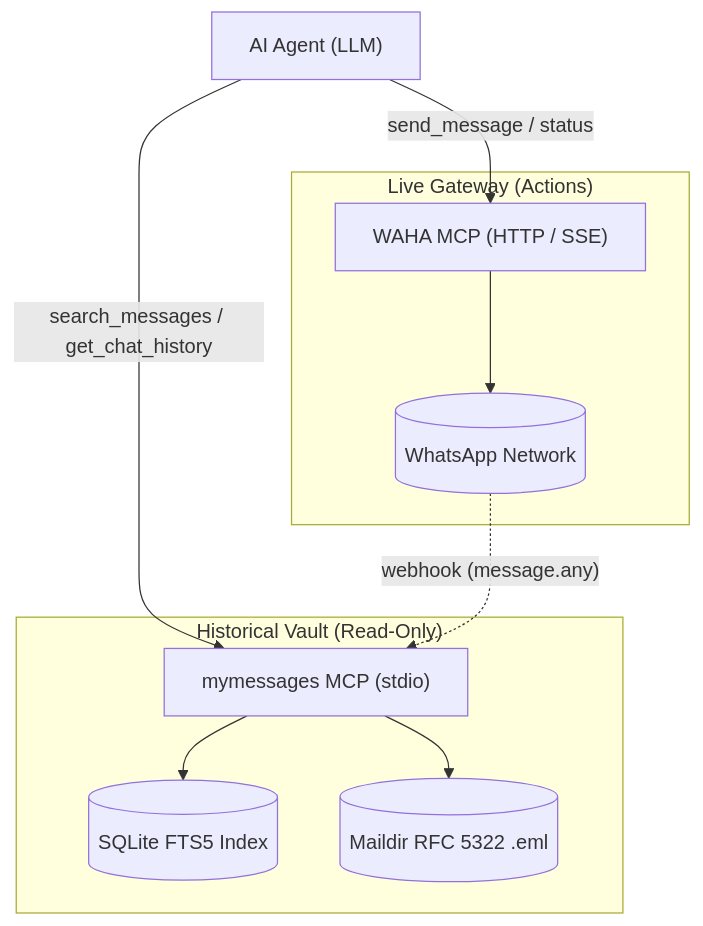
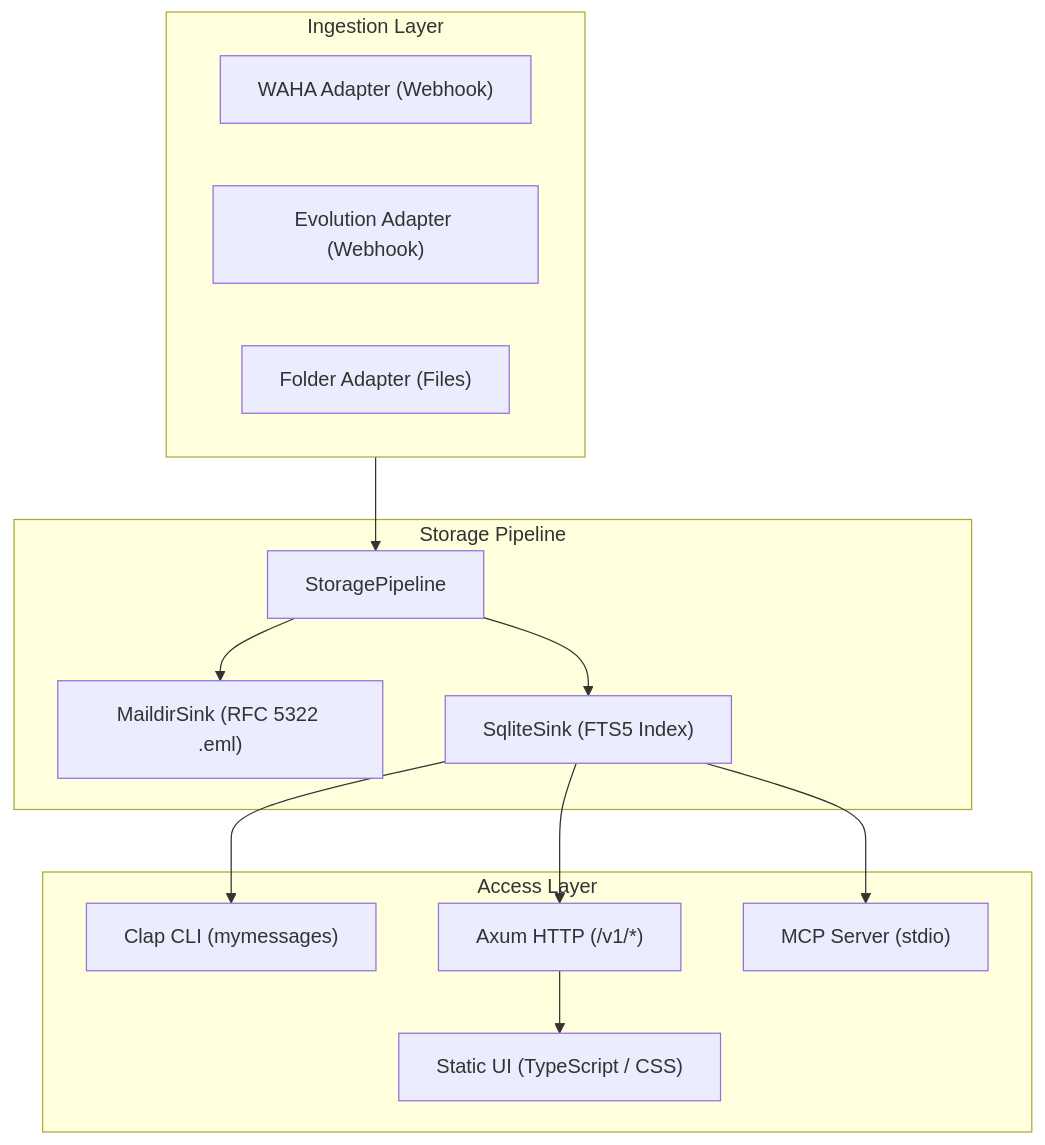
The diagram in AGENTS.md (rodvieirasilva/mymessages), drawn with Mermaid before and after one commit. The commit also changed other lines of this file and 4 other files, not shown here.

Commit message:
docs: separate agent repo guidelines (AGENTS.md) from CLI/HTTP skill and MCP docs

````diff
--- a/AGENTS.md
+++ b/AGENTS.md
@@ -11,22 +11,29 @@
 ```mermaid
 flowchart TD
-    Agent["AI Agent (LLM)"]
-    
-    subgraph ReadOnly["Historical Vault (Read-Only)"]
-        MCP_MM["mymessages MCP (stdio)"]
-        SQL[("SQLite FTS5 Index")]
-        MD[("Maildir RFC 5322 .eml")]
-        MCP_MM --> SQL
-        MCP_MM --> MD
+    subgraph Ingestion["Ingestion Layer"]
+        WAHA["WAHA Adapter (Webhook)"]
+        EVO["Evolution Adapter (Webhook)"]
+        DIR["Folder Adapter (Files)"]
     end
 
-    subgraph LiveAction["Live Gateway (Actions)"]
-        MCP_WAHA["WAHA MCP (HTTP / SSE)"]
-        WA[("WhatsApp Network")]
-        MCP_WAHA --> WA
+    subgraph Pipeline["Storage Pipeline"]
+        PIPE["StoragePipeline"]
+        MD_SINK["MaildirSink (RFC 5322 .eml)"]
+        SQL_SINK["SqliteSink (FTS5 Index)"]
     end
 
-    Agent -->|"search_messages / get_chat_history"| MCP_MM
-    Agent -->|"send_message / status"| MCP_WAHA
-    WA -.->|"webhook (message.any)"| MCP_MM
+    subgraph Presentation["Access Layer"]
+        CLI["Clap CLI (mymessages)"]
+        API["Axum HTTP (/v1/*)"]
+        MCP["MCP Server (stdio)"]
+        WEB["Static UI (TypeScript / CSS)"]
+    end
+
+    Ingestion --> PIPE
+    PIPE --> MD_SINK
+    PIPE --> SQL_SINK
+    SQL_SINK --> CLI
+    SQL_SINK --> API
+    SQL_SINK --> MCP
+    API --> WEB
 ```
````
